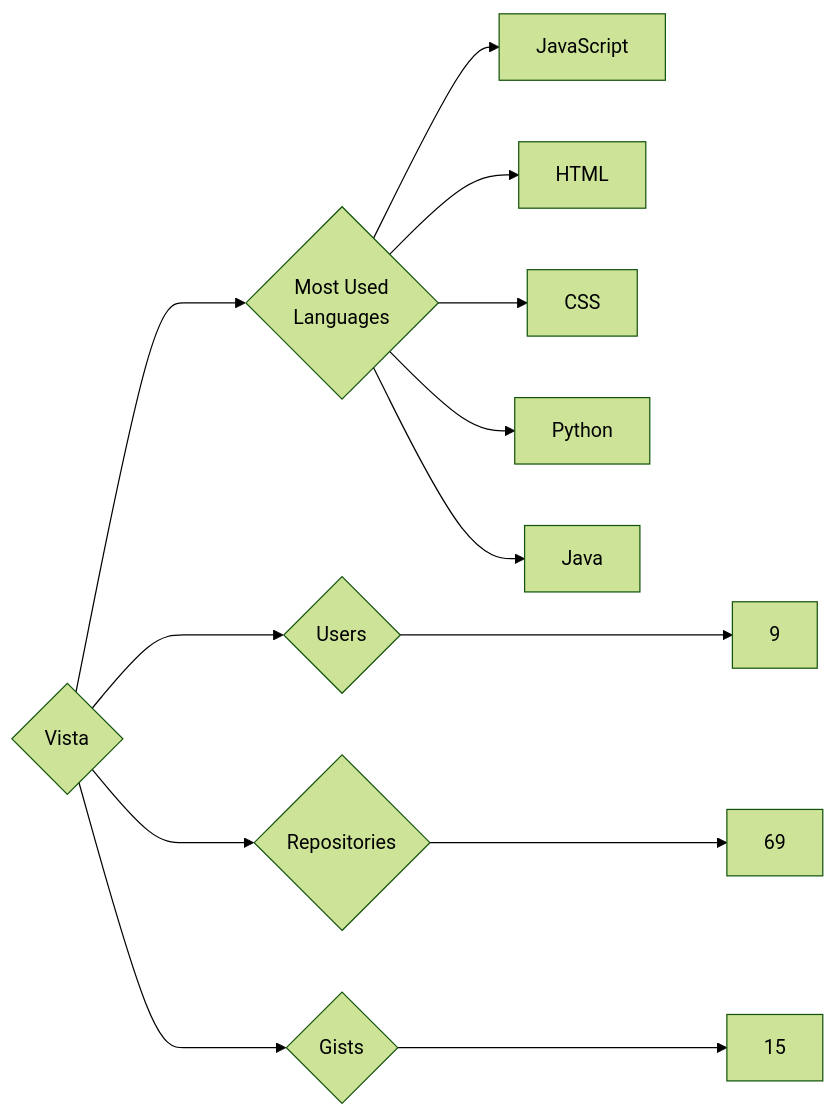
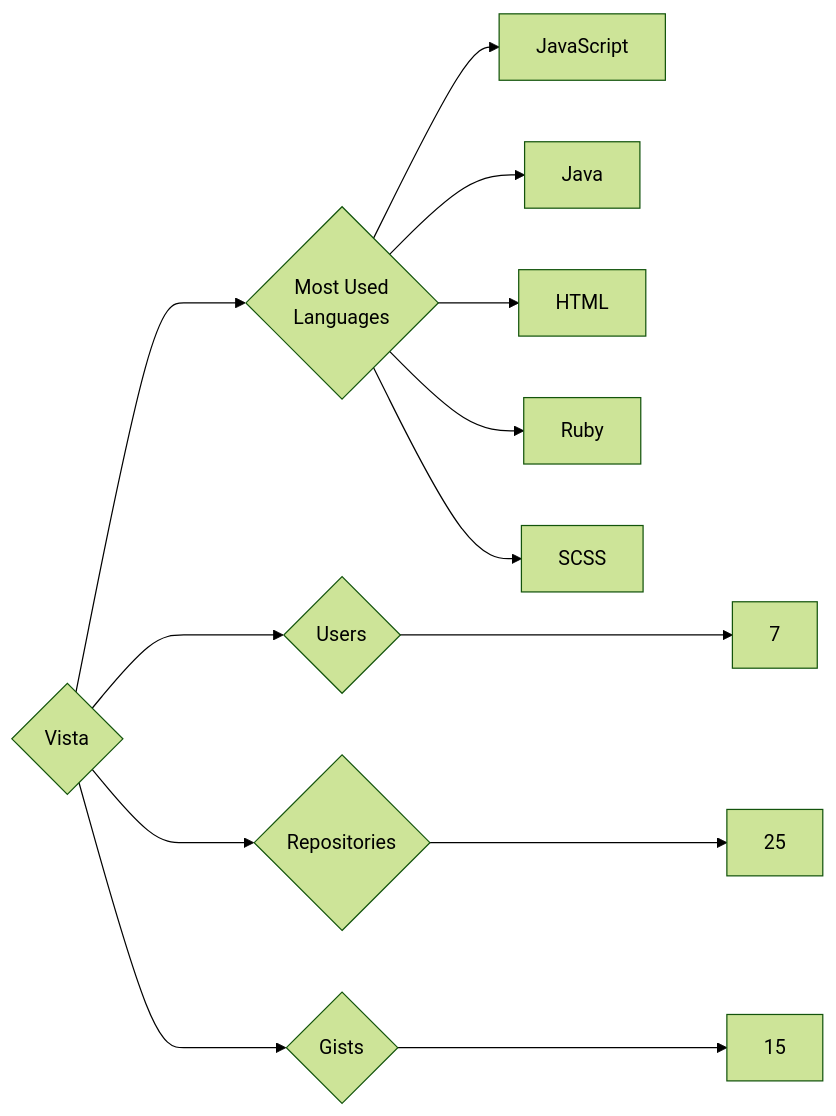
One commit to trickest/insiders changed the diagram in targets/Vista/README.md. Above: the diagram before and after it, drawn with Mermaid (forest theme). The commit also changed 903 other files, not shown here.

````diff
--- a/targets/Vista/README.md
+++ b/targets/Vista/README.md
@@ -3,13 +3,13 @@
 ```mermaid
 graph LR
 COMPANY_NAME{Vista}
-COMPANY_NAME ---> U{Users} ---> UN[9]
-COMPANY_NAME ---> R{Repositories} ---> RN[69]
+COMPANY_NAME ---> U{Users} ---> UN[7]
+COMPANY_NAME ---> R{Repositories} ---> RN[25]
 COMPANY_NAME ---> G{Gists} ---> GN[15]
 COMPANY_NAME ---> ML{Most Used<br>Languages}
 ML --> JavaScript[JavaScript]
+ML --> Java[Java]
 ML --> HTML[HTML]
-ML --> CSS[CSS]
-ML --> Python[Python]
-ML --> Java[Java]
+ML --> Ruby[Ruby]
+ML --> SCSS[SCSS]
 ```
````
